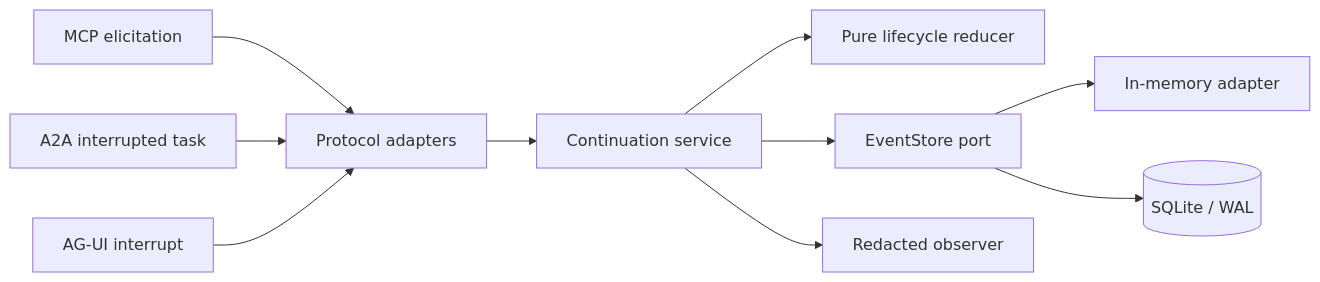
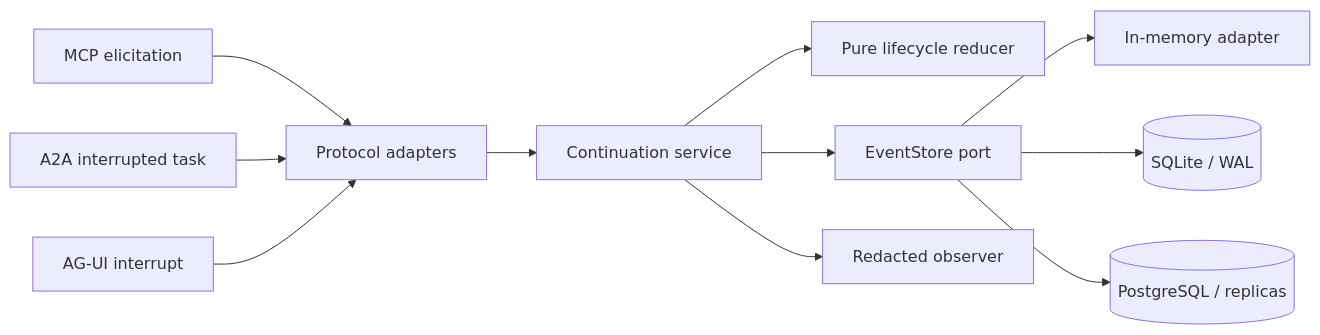
One commit to aantenore/pausemesh changed the diagram in README.md. Above: the diagram before and after it, drawn with Mermaid. The commit also changed other lines of this file and 20 other files, not shown here.

Commit message:
feat(storage): add PostgreSQL multi-replica store

````diff
--- a/README.md
+++ b/README.md
@@ -44,12 +45,13 @@
 ```mermaid
 flowchart LR
   MCP["MCP elicitation"] --> A["Protocol adapters"]
   A2A["A2A interrupted task"] --> A
   AGUI["AG-UI interrupt"] --> A
   A --> S["Continuation service"]
   S --> D["Pure lifecycle reducer"]
   S --> P["EventStore port"]
   P --> M["In-memory adapter"]
   P --> Q[("SQLite / WAL")]
+  P --> PG[("PostgreSQL / replicas")]
   S --> O["Redacted observer"]
 ```
````
